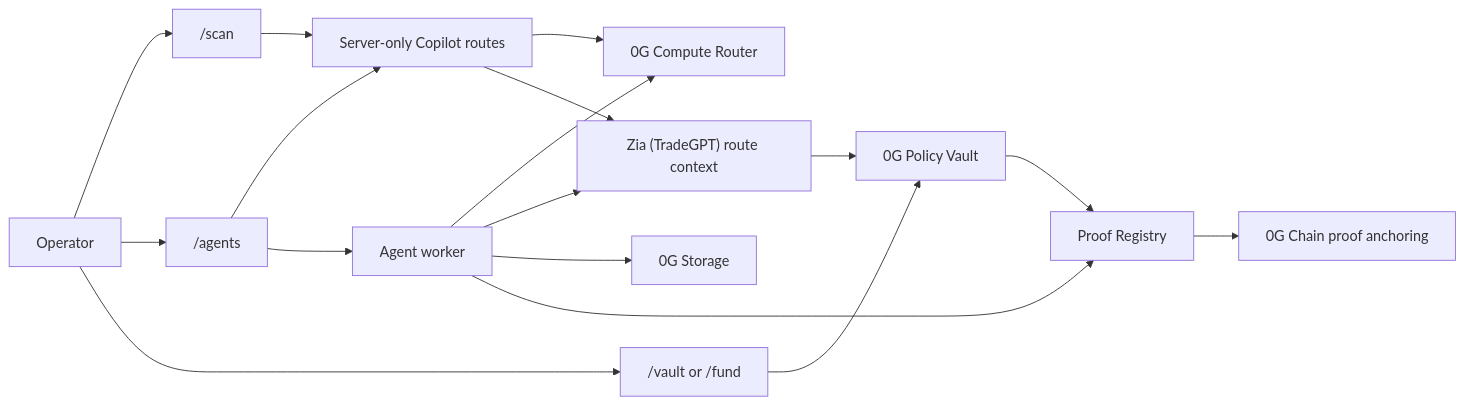
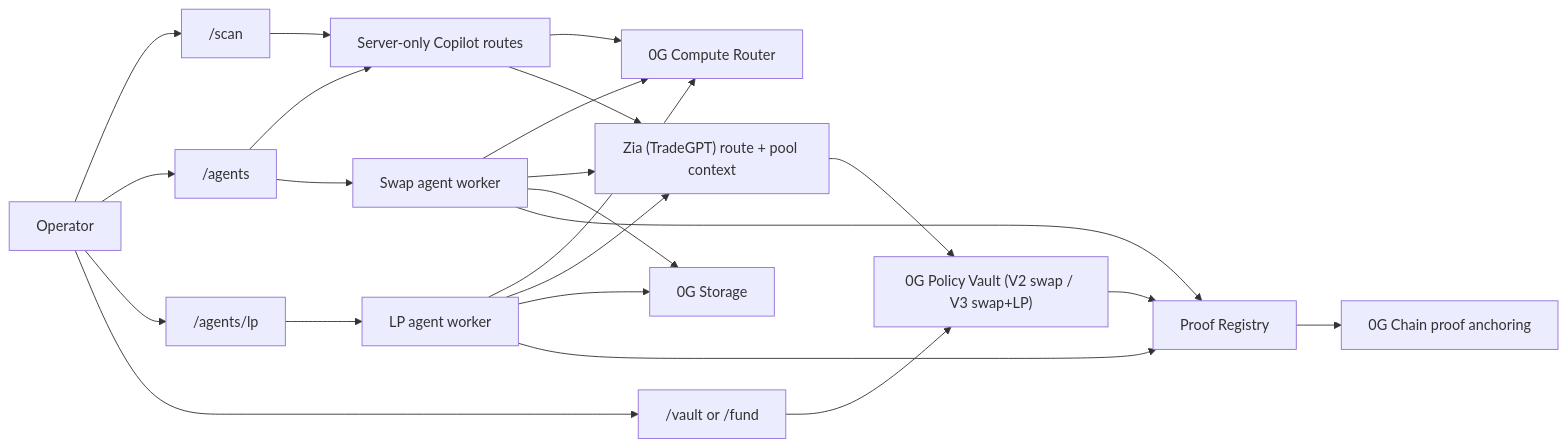
Before and after one commit to kann420/4lpha-0G: the diagram in README.md, drawn with Mermaid. The commit also changed other lines of this file, not shown here.

First line of the commit message:
Update README for V3 Policy Vault and LP Agent

````diff
--- a/README.md
+++ b/README.md
@@ -51,32 +53,40 @@
 ```mermaid
 flowchart LR
   User["Operator"]
   Scan["/scan"]
   Agents["/agents"]
+  Lp["/agents/lp"]
   Vault["/vault or /fund"]
   Chat["Server-only Copilot routes"]
   Compute["0G Compute Router"]
-  Zia["Zia (TradeGPT) route context"]
+  Zia["Zia (TradeGPT) route + pool context"]
   Storage["0G Storage"]
   Chain["0G Chain proof anchoring"]
-  VaultPolicy["0G Policy Vault"]
+  VaultPolicy["0G Policy Vault (V2 swap / V3 swap+LP)"]
   Proof["Proof Registry"]
-  Worker["Agent worker"]
+  Worker["Swap agent worker"]
+  LpWorker["LP agent worker"]
 
   User --> Scan
   User --> Agents
+  User --> Lp
   User --> Vault
   Scan --> Chat
   Agents --> Chat
   Chat --> Compute
   Chat --> Zia
   Agents --> Worker
   Worker --> Compute
   Worker --> Zia
+  Lp --> LpWorker
+  LpWorker --> Compute
+  LpWorker --> Zia
   Zia --> VaultPolicy
   Vault --> VaultPolicy
   VaultPolicy --> Proof
   Worker --> Storage
   Worker --> Proof
+  LpWorker --> Storage
+  LpWorker --> Proof
   Proof --> Chain
 ```
````
